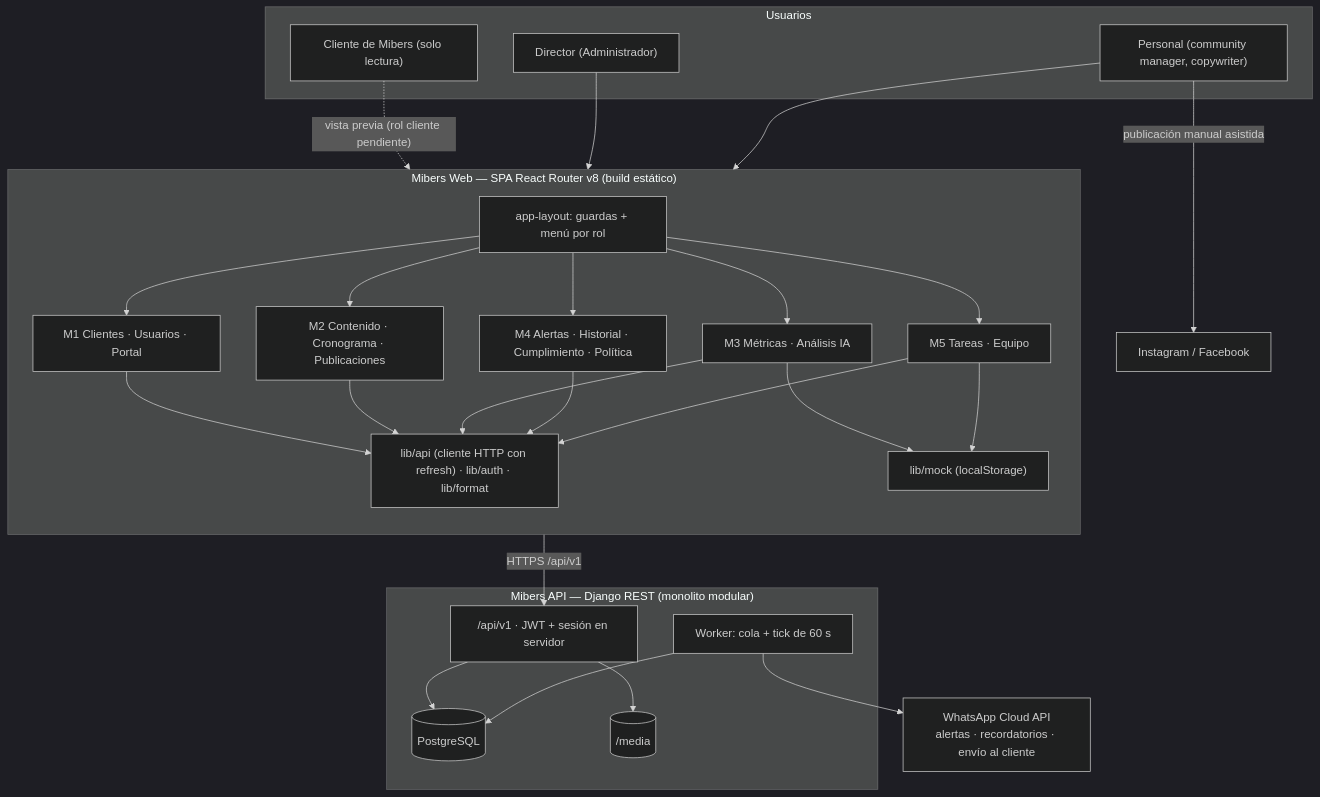
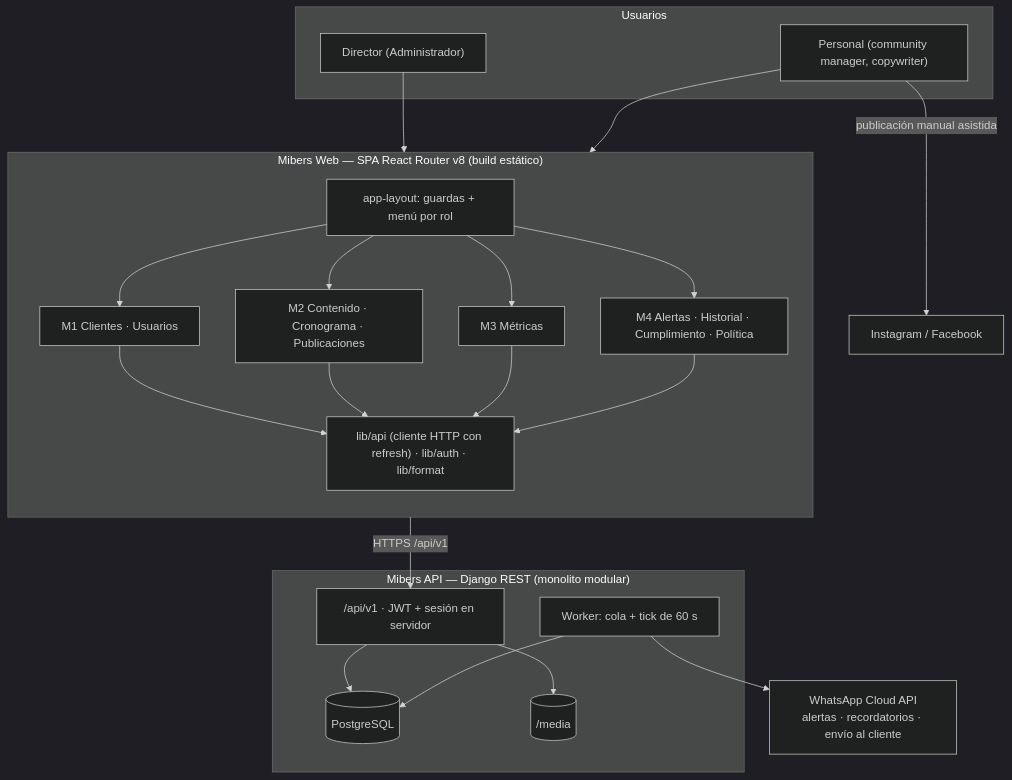
The diagram in docs/modulos/README.md (a-cubica-r/ACA-0002-MIBERS_MEDIA_PROJECT-FND), drawn with Mermaid (dark theme) before and after one commit. The commit also changed other lines of this file and 20 other files, not shown here.

````diff
--- a/docs/modulos/README.md
+++ b/docs/modulos/README.md
@@ -15,38 +27,33 @@
 ```mermaid
 flowchart TB
   subgraph Usuarios
     DIR["Director (Administrador)"]
     PER["Personal (community manager, copywriter)"]
-    CLI["Cliente de Mibers (solo lectura)"]
   end
 
   subgraph SPA["Mibers Web — SPA React Router v8 (build estático)"]
     direction TB
     SH["app-layout: guardas + menú por rol"]
-    M1["M1 Clientes · Usuarios · Portal"]
+    M1["M1 Clientes · Usuarios"]
     M2["M2 Contenido · Cronograma · Publicaciones"]
-    M3["M3 Métricas · Análisis IA"]
+    M3["M3 Métricas"]
     M4["M4 Alertas · Historial · Cumplimiento · Política"]
-    M5["M5 Tareas · Equipo"]
     LIB["lib/api (cliente HTTP con refresh) · lib/auth · lib/format"]
-    MOCK["lib/mock (localStorage)"]
-    SH --> M1 & M2 & M3 & M4 & M5
-    M1 & M2 & M3 & M4 & M5 --> LIB
-    M3 & M5 --> MOCK
+    SH --> M1 & M2 & M3 & M4
+    M1 & M2 & M3 & M4 --> LIB
   end
 
   subgraph Backend["Mibers API — Django REST (monolito modular)"]
     REST["/api/v1 · JWT + sesión en servidor"]
     WK["Worker: cola + tick de 60 s"]
     DB[("PostgreSQL")]
     FS[("/media")]
     REST --> DB & FS
     WK --> DB
   end
 
   DIR & PER --> SPA
-  CLI -. "vista previa (rol cliente pendiente)" .-> M1
   LIB -- "HTTPS /api/v1" --> REST
   WK --> WAPI["WhatsApp Cloud API<br/>alertas · recordatorios · envío al cliente"]
   PER -- "publicación manual asistida" --> META["Instagram / Facebook"]
 ```
````
